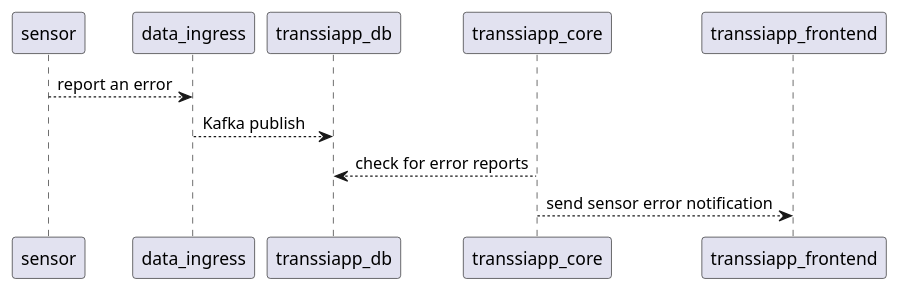
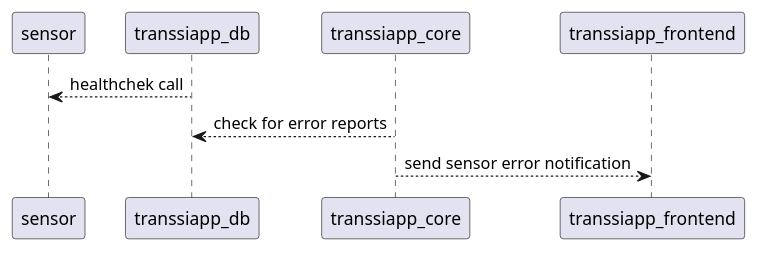
Before and after one commit to fffeelipe/HPC-SW-devel-project: the diagram in ReportErrorSequenceDiagram.puml, drawn with PlantUML.

Commit message:
updated diagrams

```diff
--- a/ReportErrorSequenceDiagram.puml
+++ b/ReportErrorSequenceDiagram.puml
@@ -1,8 +1,10 @@
 @startuml report sensor error sequence diagram
 
-sensor --> data_ingress: report an error
-data_ingress --> transsiapp_db: Kafka publish
+sensor <--  transsiapp_db: healthchek call
 transsiapp_db <-- transsiapp_core: check for error reports
 transsiapp_core --> transsiapp_frontend: send sensor error notification
 
+
+
+
 @enduml
```
